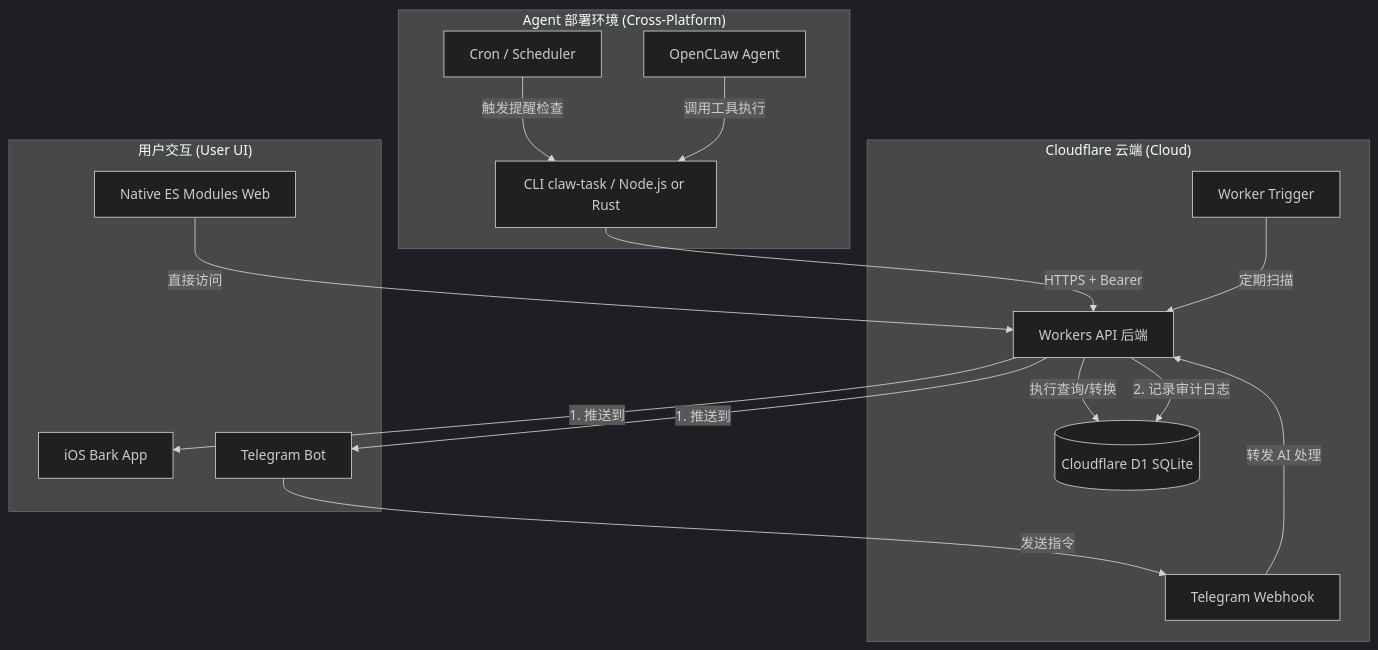
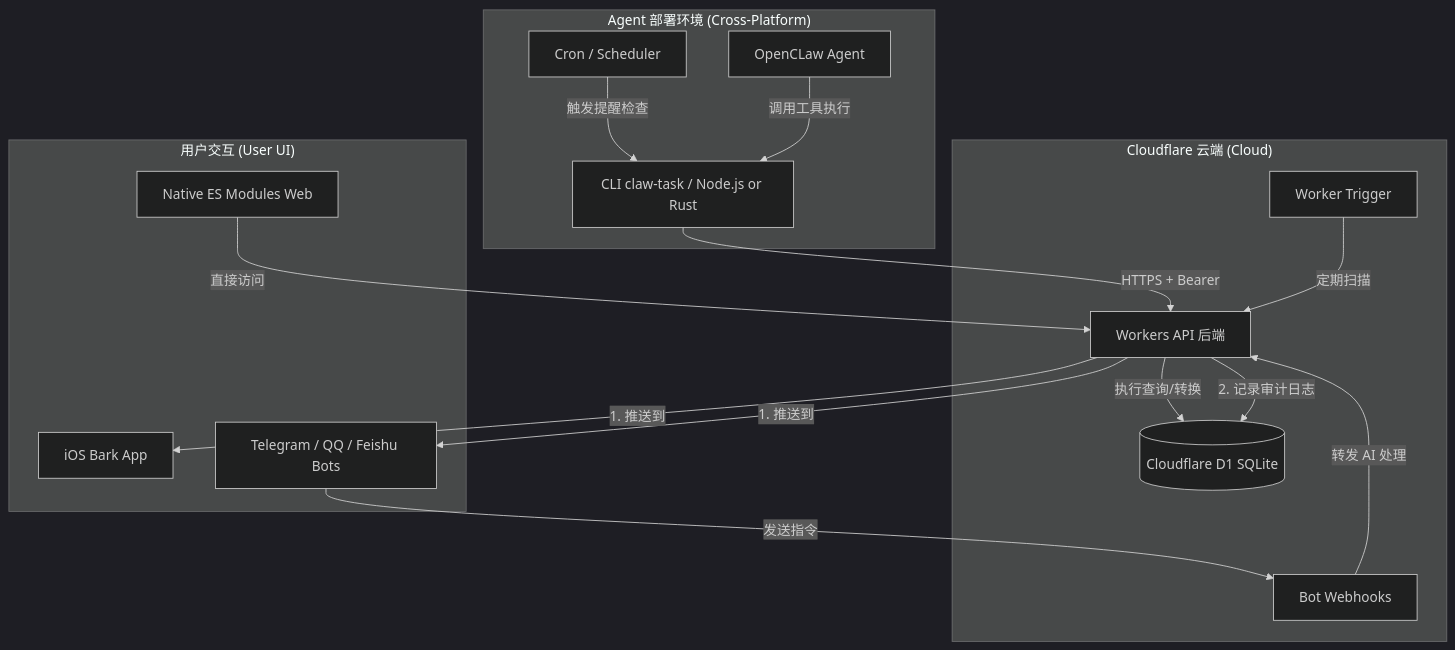
The diagram in docs/技术架构.md (gray0128/claw-owner-task), drawn with Mermaid (dark theme) before and after one commit. The commit also changed other lines of this file and 8 other files, not shown here.

````diff
--- a/docs/技术架构.md
+++ b/docs/技术架构.md
@@ -5,35 +5,35 @@
 ```mermaid
 graph TB
     subgraph "Agent 部署环境 (Cross-Platform)"
         CLI[CLI claw-task / Node.js or Rust]
         OpenCLaw[OpenCLaw Agent]
         LocalCron[Cron / Scheduler]
     end
 
     subgraph "用户交互 (User UI)"
         Web[Native ES Modules Web]
         Bark[iOS Bark App]
-        TG[Telegram Bot]
+        Chatbots[Telegram / QQ / Feishu Bots]
     end
 
     subgraph "Cloudflare 云端 (Cloud)"
         Workers[Workers API 后端]
         CloudCron[Worker Trigger]
         D1[(Cloudflare D1 SQLite)]
-        Webhook[Telegram Webhook]
+        Webhook[Bot Webhooks]
     end
 
     LocalCron -->|触发提醒检查| CLI
     CLI -->|HTTPS + Bearer| Workers
     Workers -->|执行查询/转换| D1
     
     CloudCron -->|定期扫描| Workers
     Workers -->|1. 推送到| Bark
-    Workers -->|1. 推送到| TG
+    Workers -->|1. 推送到| Chatbots
     Workers -->|2. 记录审计日志| D1
     
-    TG -->|发送指令| Webhook
+    Chatbots -->|发送指令| Webhook
     Webhook -->|转发 AI 处理| Workers
     Web -->|直接访问| Workers
     OpenCLaw -->|调用工具执行| CLI
 ```
````
